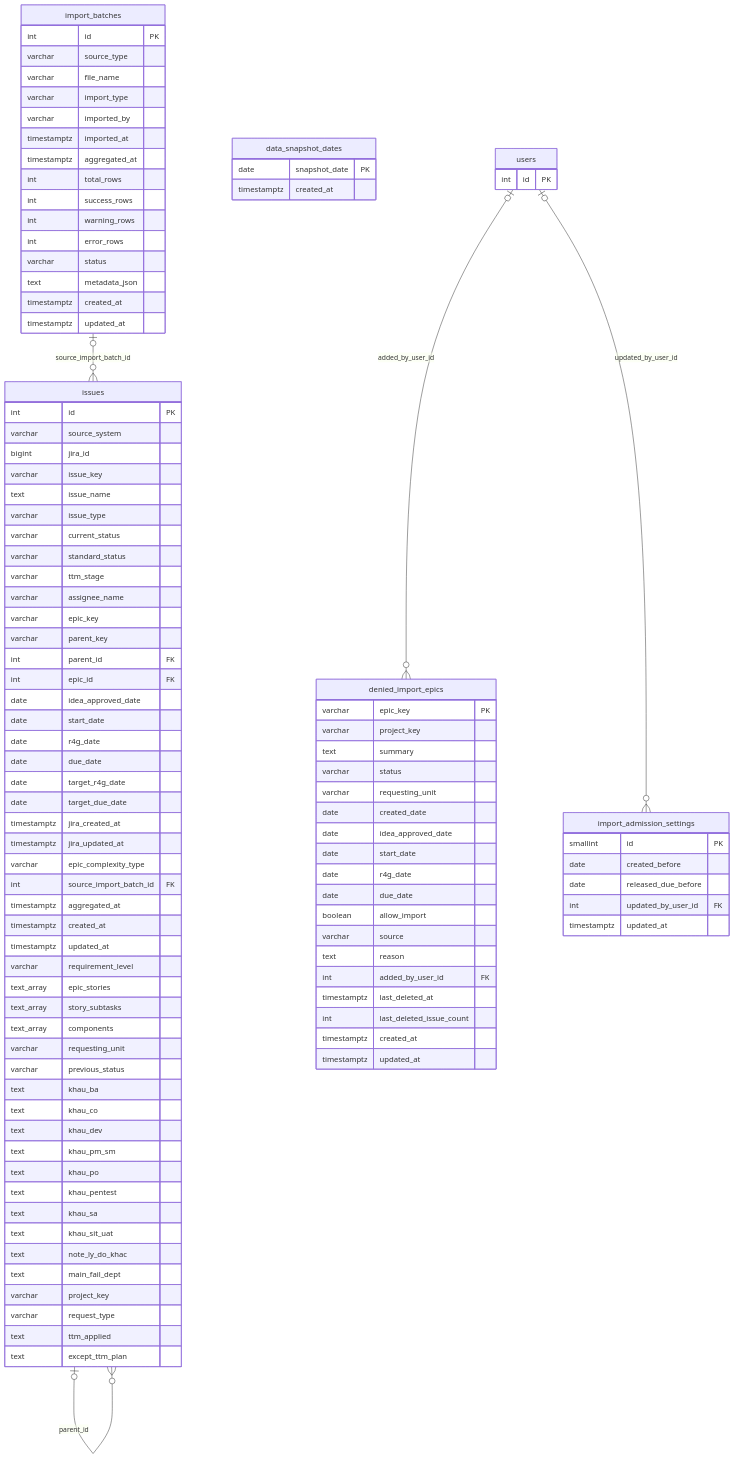
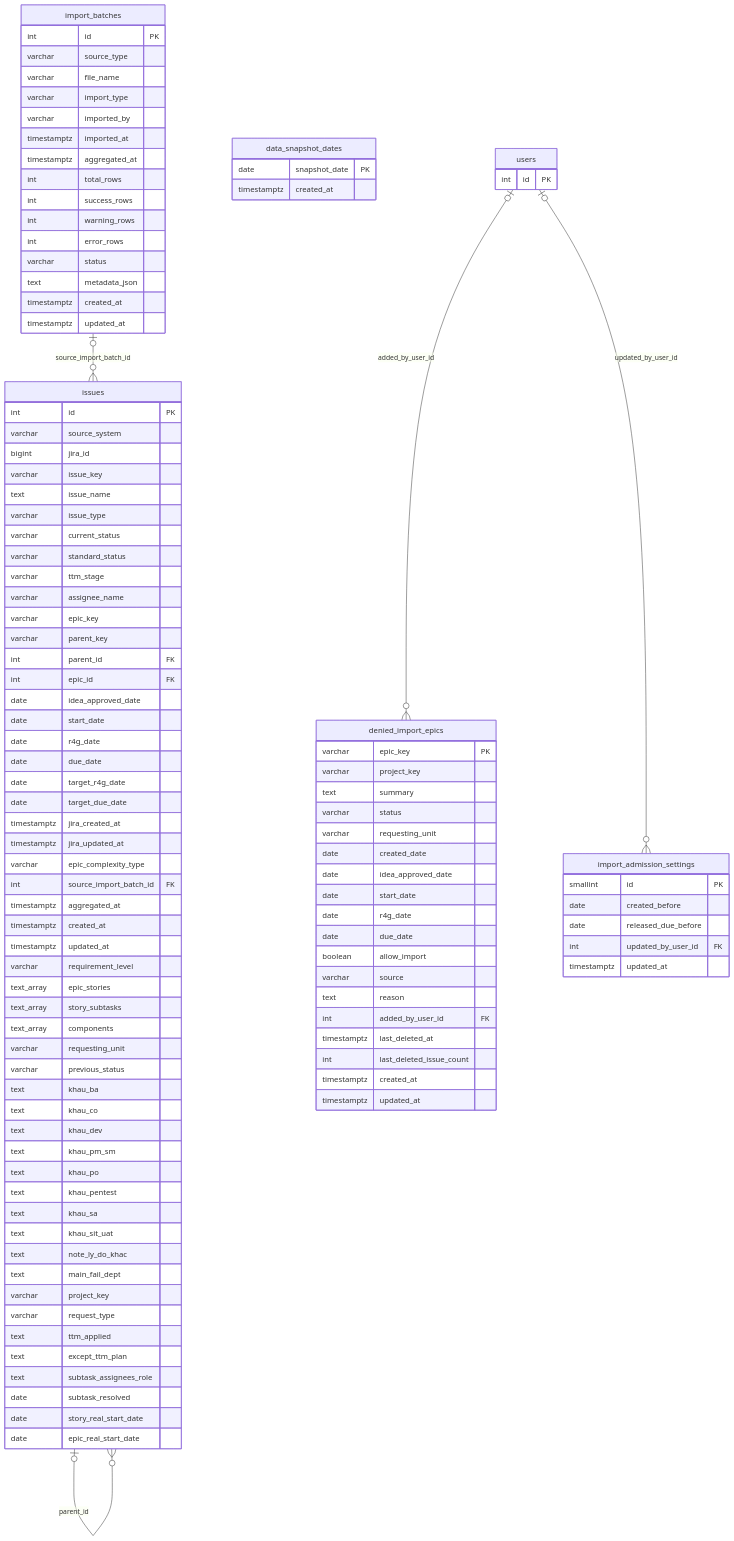
Before and after one commit to dminhbb/ttm-tool: the fourth of 12 diagrams in docs/database-erd.md, drawn with Mermaid. The commit also changed other lines of this file and 13 other files, not shown here.

```diff
--- a/docs/database-erd.md
+++ b/docs/database-erd.md
@@ -636,6 +636,10 @@
         varchar request_type
         text ttm_applied
         text except_ttm_plan
+        text subtask_assignees_role
+        date subtask_resolved
+        date story_real_start_date
+        date epic_real_start_date
     }
     denied_import_epics {
         varchar epic_key PK
```
